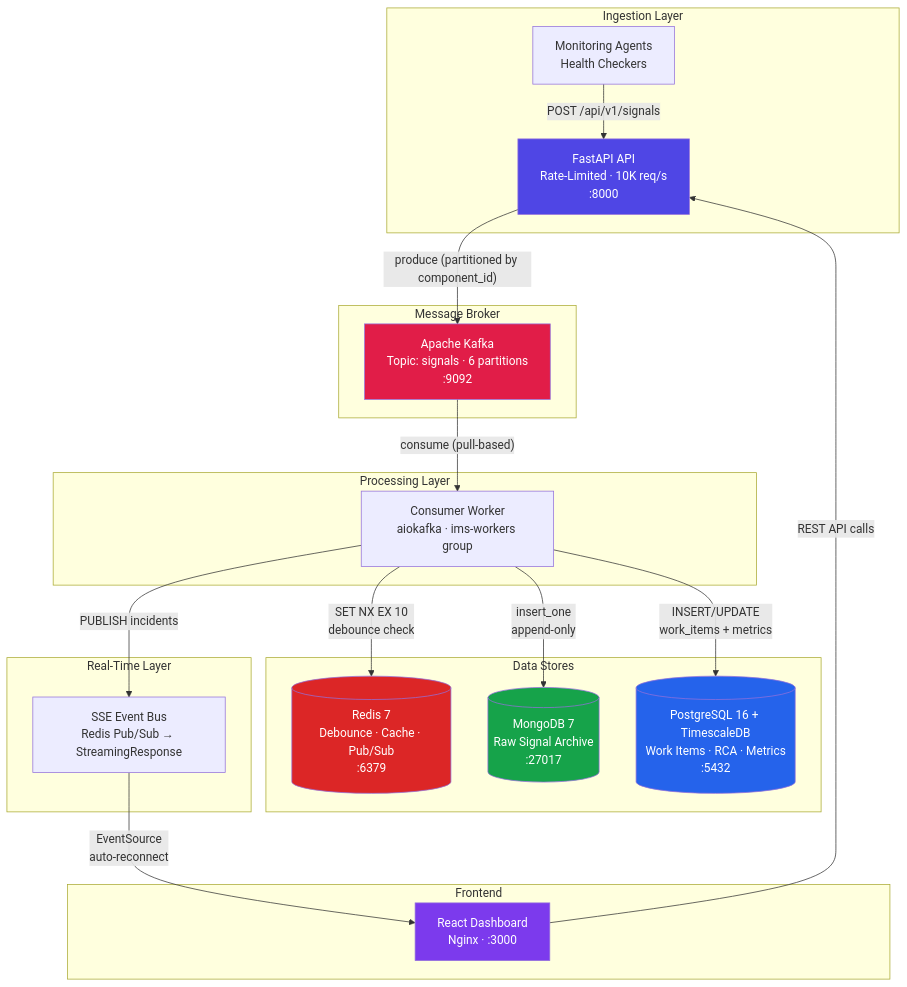
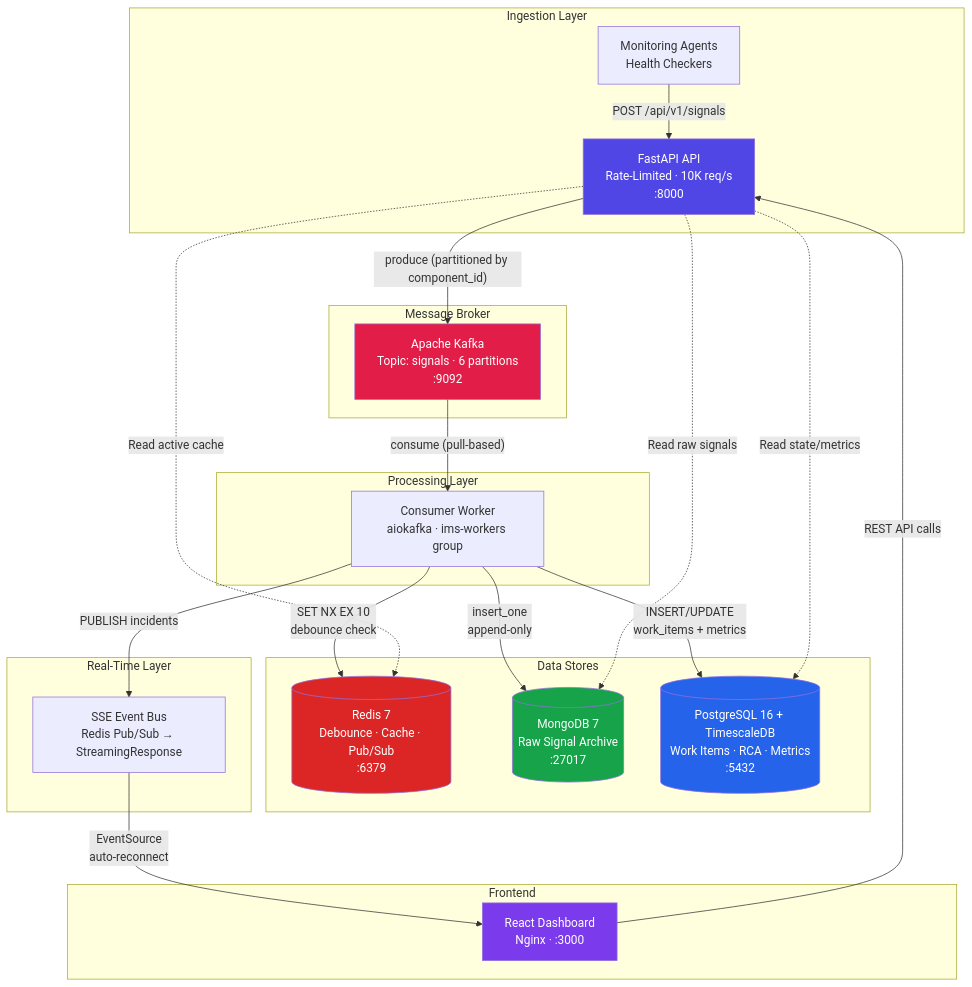
The first of 3 diagrams in README.md (observer04/Cerebro), drawn with Mermaid before and after one commit. The commit also changed other lines of this file and 2 other files, not shown here.

Commit message:
Add demo walkthrough of dashboard

````diff
--- a/README.md
+++ b/README.md
@@ -11,46 +11,49 @@
 ```mermaid
 graph TB
     subgraph Ingestion Layer
         CLIENT["Monitoring Agents<br/>Health Checkers"]
         API["FastAPI API<br/>Rate-Limited · 10K req/s<br/>:8000"]
     end
 
     subgraph Message Broker
         KF["Apache Kafka<br/>Topic: signals · 6 partitions<br/>:9092"]
     end
 
     subgraph Processing Layer
         CW["Consumer Worker<br/>aiokafka · ims-workers group"]
     end
 
     subgraph Data Stores
         RD[("Redis 7<br/>Debounce · Cache · Pub/Sub<br/>:6379")]
         MG[("MongoDB 7<br/>Raw Signal Archive<br/>:27017")]
         PG[("PostgreSQL 16 + TimescaleDB<br/>Work Items · RCA · Metrics<br/>:5432")]
     end
 
     subgraph Real-Time Layer
         SSE["SSE Event Bus<br/>Redis Pub/Sub → StreamingResponse"]
     end
 
     subgraph Frontend
         RC["React Dashboard<br/>Nginx · :3000"]
     end
 
     CLIENT -->|"POST /api/v1/signals"| API
     API -->|"produce (partitioned by component_id)"| KF
     KF -->|"consume (pull-based)"| CW
     CW -->|"SET NX EX 10<br/>debounce check"| RD
     CW -->|"insert_one<br/>append-only"| MG
     CW -->|"INSERT/UPDATE<br/>work_items + metrics"| PG
     CW -->|"PUBLISH incidents"| SSE
     SSE -->|"EventSource<br/>auto-reconnect"| RC
     RC -->|"REST API calls"| API
+    API -.->|"Read state/metrics"| PG
+    API -.->|"Read raw signals"| MG
+    API -.->|"Read active cache"| RD
 
     style API fill:#4f46e5,color:#fff
     style KF fill:#e11d48,color:#fff
     style RD fill:#dc2626,color:#fff
     style MG fill:#16a34a,color:#fff
     style PG fill:#2563eb,color:#fff
     style RC fill:#7c3aed,color:#fff
 ```
````
